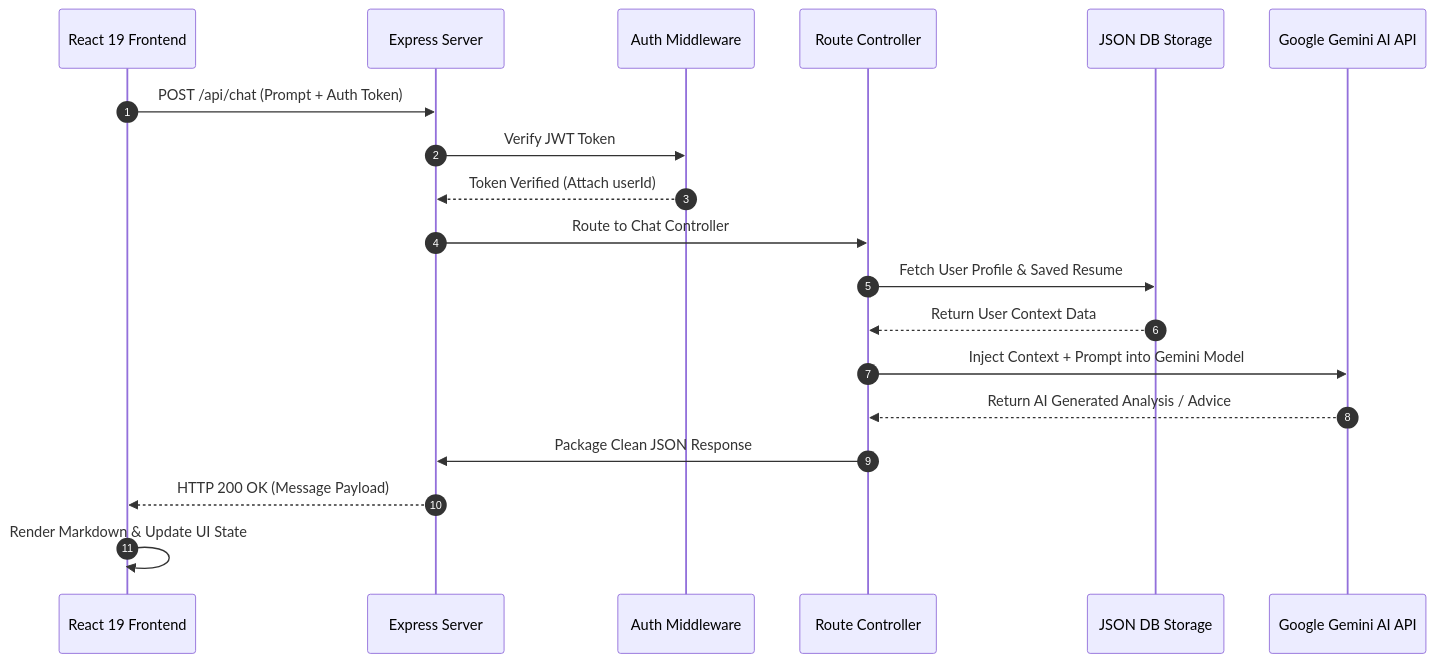
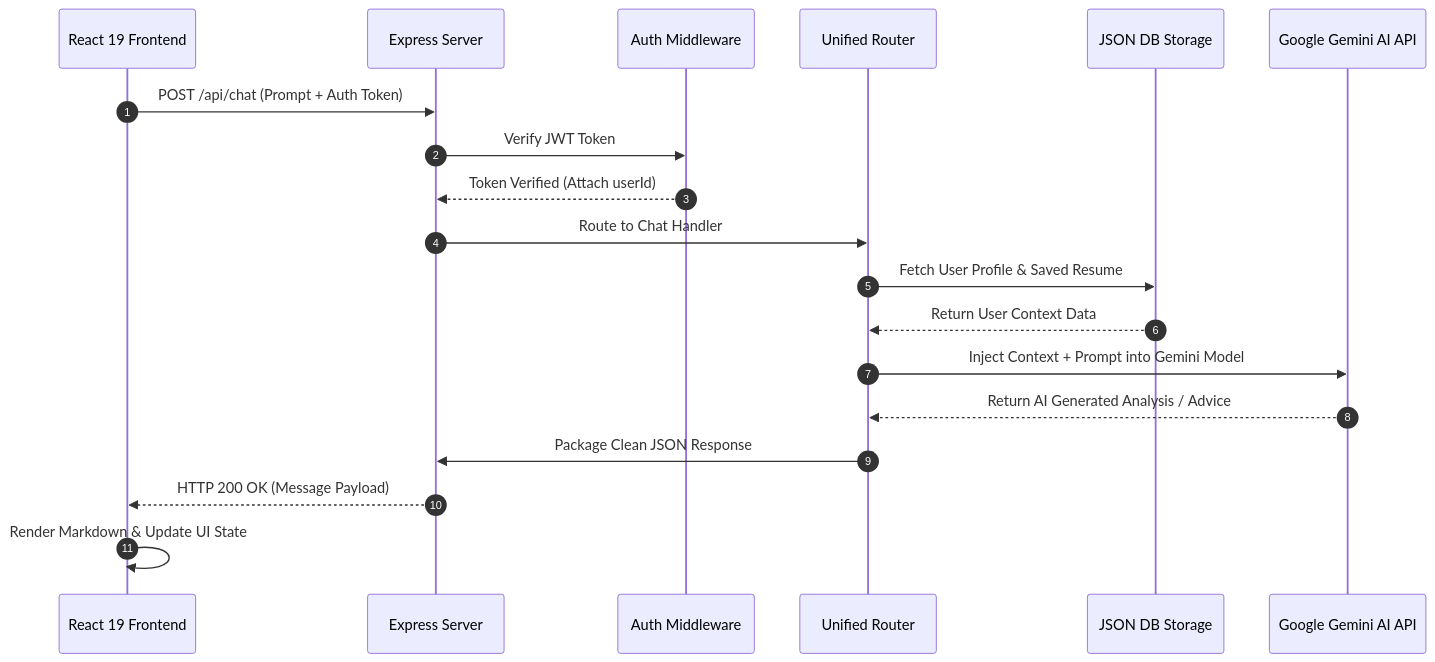
One commit to sachin-saroj/college-project-career-guidance changed the second of 2 diagrams in README.md. Above: the diagram before and after it, drawn with Mermaid. The commit also changed other lines of this file and 8 other files, not shown here.

````diff
--- a/README.md
+++ b/README.md
@@ -114,22 +203,22 @@
 ```mermaid
 sequenceDiagram
     autonumber
     participant Client as React 19 Frontend
     participant Server as Express Server
     participant Auth as Auth Middleware
-    participant Controller as Route Controller
+    participant Router as Unified Router
     participant DB as JSON DB Storage
     participant Gemini as Google Gemini AI API
 
     Client->>Server: POST /api/chat (Prompt + Auth Token)
     Server->>Auth: Verify JWT Token
     Auth-->>Server: Token Verified (Attach userId)
-    Server->>Controller: Route to Chat Controller
-    Controller->>DB: Fetch User Profile & Saved Resume
-    DB-->>Controller: Return User Context Data
-    Controller->>Gemini: Inject Context + Prompt into Gemini Model
-    Gemini-->>Controller: Return AI Generated Analysis / Advice
-    Controller->>Server: Package Clean JSON Response
+    Server->>Router: Route to Chat Handler
+    Router->>DB: Fetch User Profile & Saved Resume
+    DB-->>Router: Return User Context Data
+    Router->>Gemini: Inject Context + Prompt into Gemini Model
+    Gemini-->>Router: Return AI Generated Analysis / Advice
+    Router->>Server: Package Clean JSON Response
     Server-->>Client: HTTP 200 OK (Message Payload)
     Client->>Client: Render Markdown & Update UI State
 ```
````
